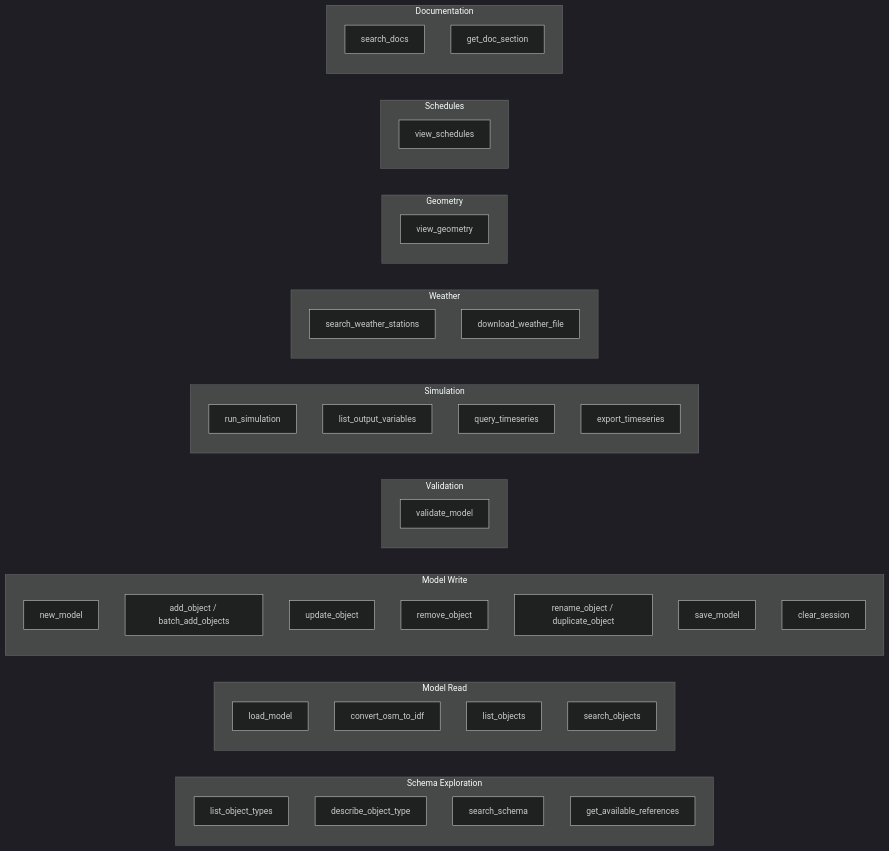
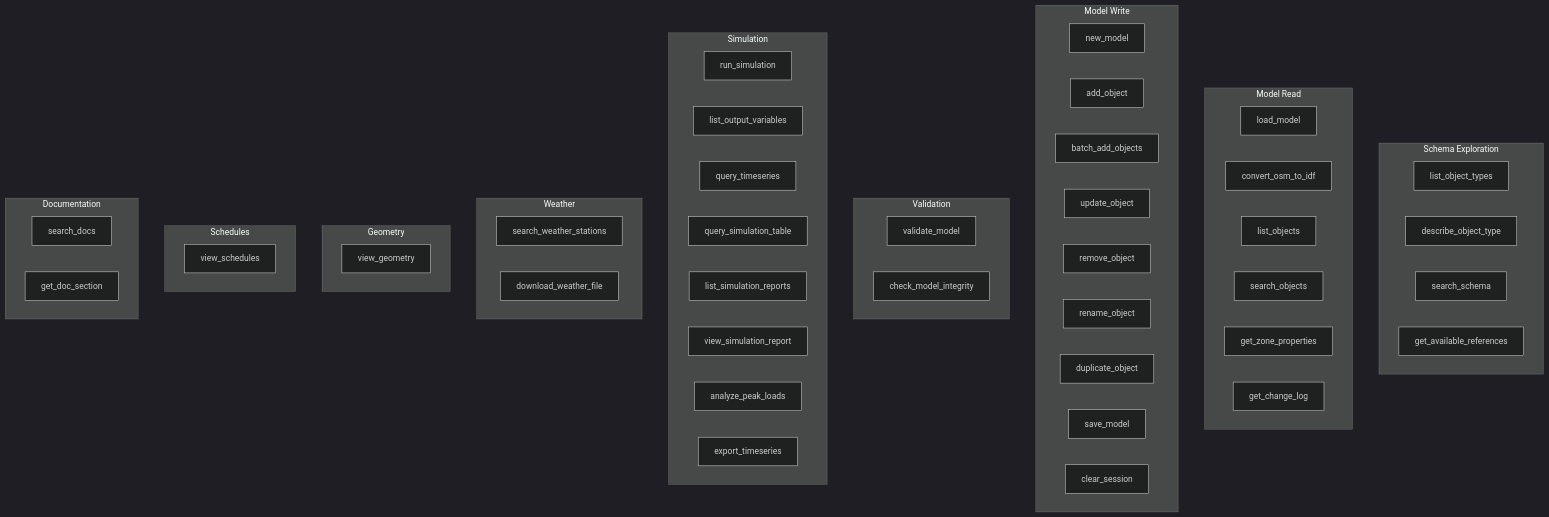
One commit to idfkit/idfkit-mcp changed the fourth of 5 diagrams in docs/concepts/architecture.md. Above: the diagram before and after it, drawn with Mermaid (dark theme). The commit also changed other lines of this file and 15 other files, not shown here.

````diff
--- a/docs/concepts/architecture.md
+++ b/docs/concepts/architecture.md
@@ -172,55 +172,64 @@
 ```mermaid
-graph LR
+graph TB
     subgraph Schema["Schema Exploration"]
         A1[list_object_types]
         A2[describe_object_type]
         A3[search_schema]
         A4[get_available_references]
     end
 
     subgraph Read["Model Read"]
         B1[load_model]
         B2[convert_osm_to_idf]
         B3[list_objects]
         B4[search_objects]
+        B5[get_zone_properties]
+        B6[get_change_log]
     end
 
     subgraph Write["Model Write"]
         C1[new_model]
-        C2[add_object / batch_add_objects]
-        C3[update_object]
-        C4[remove_object]
-        C5[rename_object / duplicate_object]
-        C6[save_model]
-        C7[clear_session]
+        C2[add_object]
+        C3[batch_add_objects]
+        C4[update_object]
+        C5[remove_object]
+        C6[rename_object]
+        C7[duplicate_object]
+        C8[save_model]
+        C9[clear_session]
     end
 
     subgraph Validation
         D1[validate_model]
+        D2[check_model_integrity]
     end
 
     subgraph Simulation
         E1[run_simulation]
         E2[list_output_variables]
         E3[query_timeseries]
-        E4[export_timeseries]
+        E4[query_simulation_table]
+        E5[list_simulation_reports]
+        E6[view_simulation_report]
+        E7[analyze_peak_loads]
+        E8[export_timeseries]
     end
 
     subgraph Weather
         F1[search_weather_stations]
         F2[download_weather_file]
     end
 
     subgraph Geometry
         H1[view_geometry]
     end
 
     subgraph Schedules
         I1[view_schedules]
     end
 
     subgraph Documentation
         G1[search_docs]
         G2[get_doc_section]
     end
 ```
````
